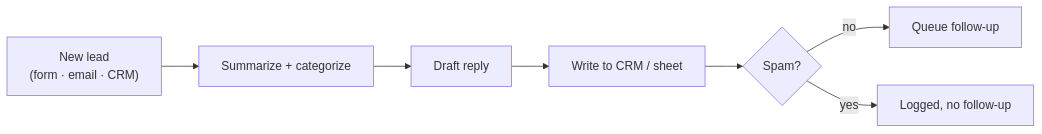
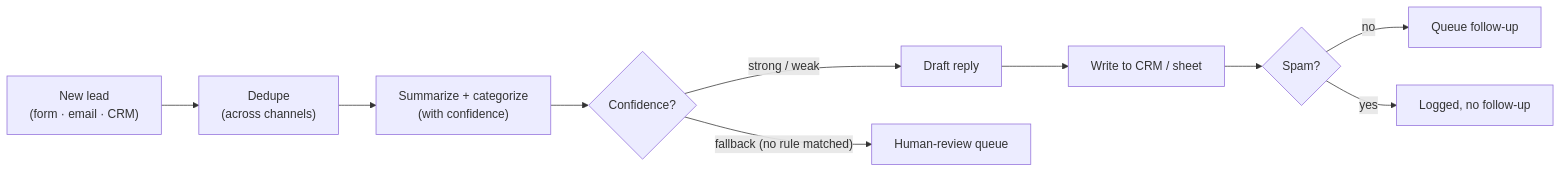
Before and after one commit to derekgallardo01/nocode-ai-lead-workflow: the diagram in README.md, drawn with Mermaid. The commit also changed other lines of this file and 12 other files, not shown here.

````diff
--- a/README.md
+++ b/README.md
@@ -19,9 +34,12 @@
 ```mermaid
 flowchart LR
-    T["New lead\n(form · email · CRM)"] --> S["Summarize + categorize"]
-    S --> D["Draft reply"]
+    T["New lead<br/>(form · email · CRM)"] --> Z["Dedupe<br/>(across channels)"]
+    Z --> S["Summarize + categorize<br/>(with confidence)"]
+    S --> R{"Confidence?"}
+    R -- "strong / weak" --> D["Draft reply"]
+    R -- "fallback (no rule matched)" --> H["Human-review queue"]
     D --> C["Write to CRM / sheet"]
     C --> F{"Spam?"}
-    F -- no --> Q["Queue follow-up"]
-    F -- yes --> X["Logged, no follow-up"]
+    F -- "no" --> Q["Queue follow-up"]
+    F -- "yes" --> X["Logged, no follow-up"]
 ```
````
